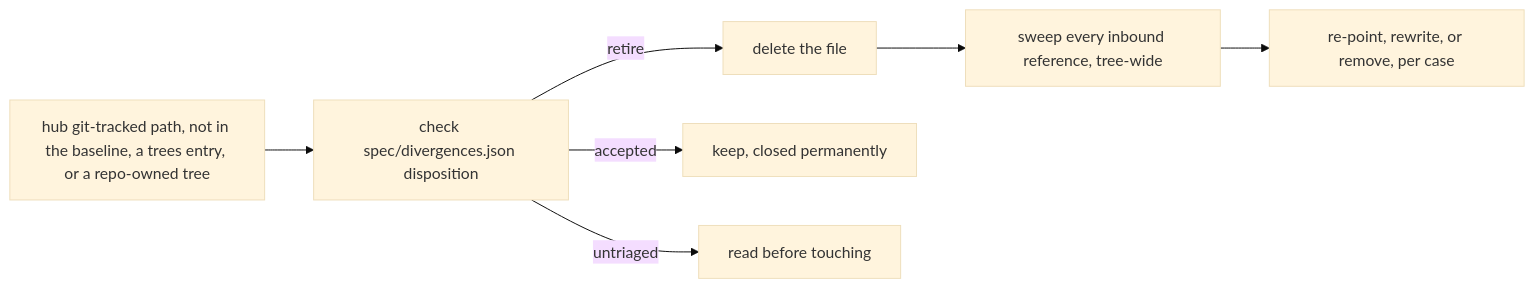
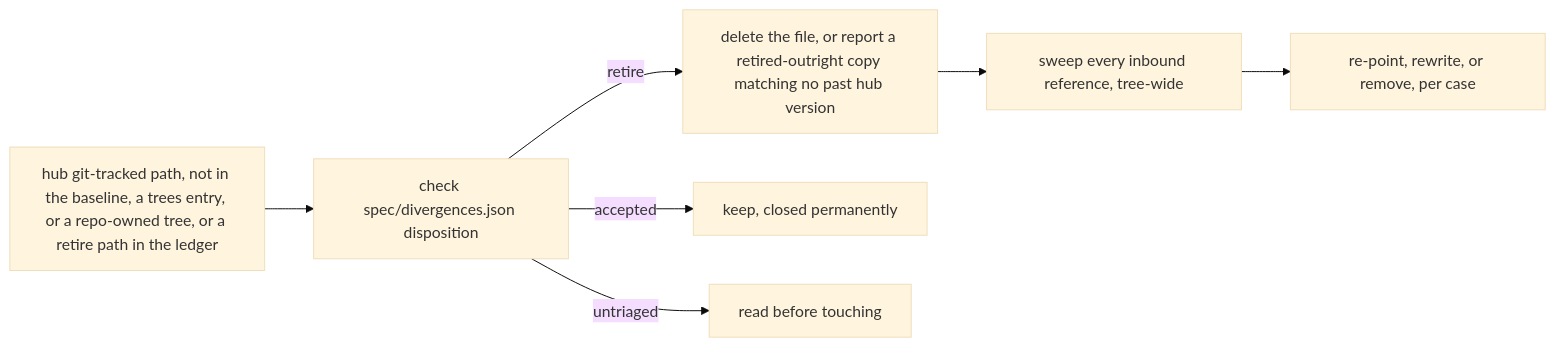
The second of 2 diagrams in RESYNC.md (ptr727/ProjectTemplate), drawn with Mermaid (base theme) before and after one commit. The commit also changed other lines of this file and 29 other files, not shown here.

````diff
--- a/RESYNC.md
+++ b/RESYNC.md
@@ -94,9 +94,9 @@
 ```mermaid
 flowchart LR
-  candidate["hub git-tracked path, not in the baseline, a trees entry, or a repo-owned tree"] --> disp["check spec/divergences.json disposition"]
-  disp -->|"retire"| delete["delete the file"]
+  candidate["hub git-tracked path, not in the baseline, a trees entry, or a repo-owned tree, or a retire path in the ledger"] --> disp["check spec/divergences.json disposition"]
+  disp -->|"retire"| delete["delete the file, or report a retired-outright copy matching no past hub version"]
   disp -->|"accepted"| keep["keep, closed permanently"]
   disp -->|"untriaged"| read["read before touching"]
   delete --> sweep["sweep every inbound reference, tree-wide"]
   sweep --> fix["re-point, rewrite, or remove, per case"]
 ```
````
